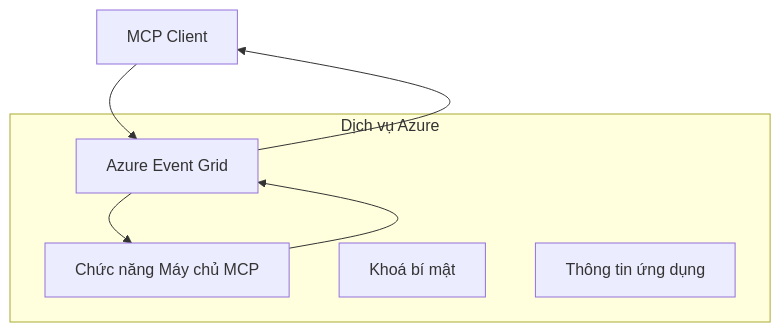
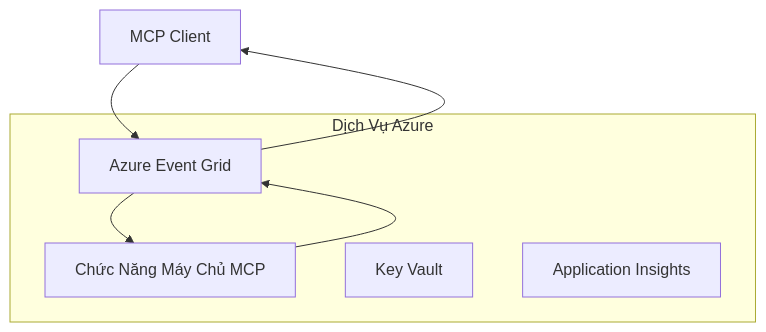
Before and after one commit to HIDORAKAI002/ai-workspace-archive: the first of 2 diagrams in mcp_ecosystem__model_context_protocol/mcp_learning_resources/mcp-for-beginners/translations/vi/05-AdvancedTopics/mcp-transport/README.md, drawn with Mermaid. The commit also changed other lines of this file and 1046 other files, not shown here.

````diff
--- a/mcp_ecosystem__model_context_protocol/mcp_learning_resources/mcp-for-beginners/translations/vi/05-AdvancedTopics/mcp-transport/README.md
+++ b/mcp_ecosystem__model_context_protocol/mcp_learning_resources/mcp-for-beginners/translations/vi/05-AdvancedTopics/mcp-transport/README.md
@@ -58,14 +60,14 @@
 ```mermaid
 graph TB
     Client[MCP Client] --> EG[Azure Event Grid]
-    EG --> Server[Chức năng Máy chủ MCP]
+    EG --> Server[Chức Năng Máy Chủ MCP]
     Server --> EG
     EG --> Client
     
-    subgraph "Dịch vụ Azure"
+    subgraph "Dịch Vụ Azure"
         EG
         Server
-        KV[Khoá bí mật]
-        Monitor[Thông tin ứng dụng]
+        KV[Key Vault]
+        Monitor[Application Insights]
     end
 ```
````
